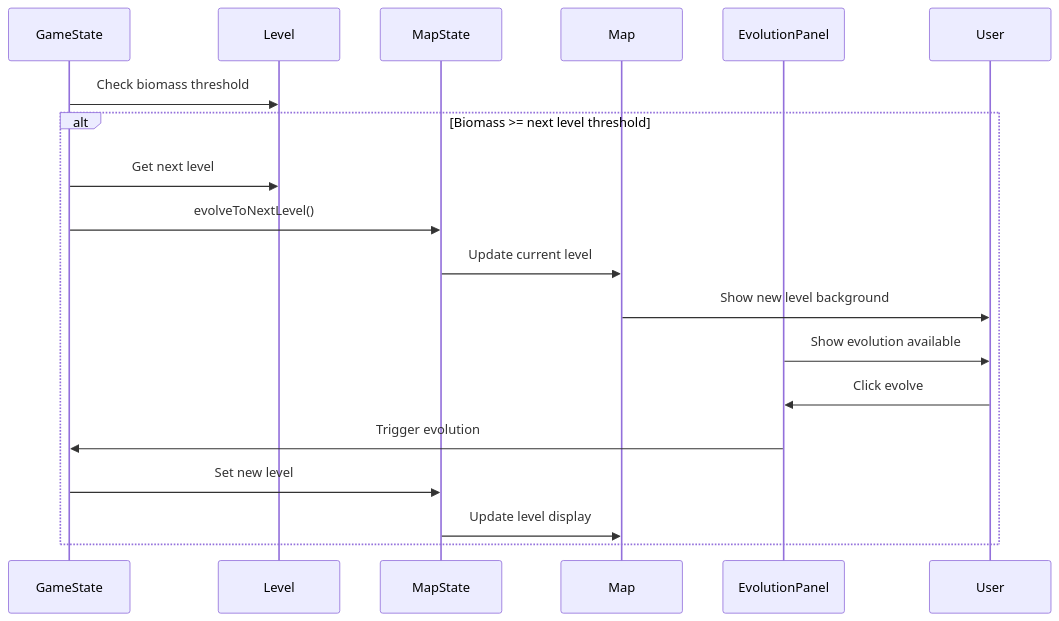
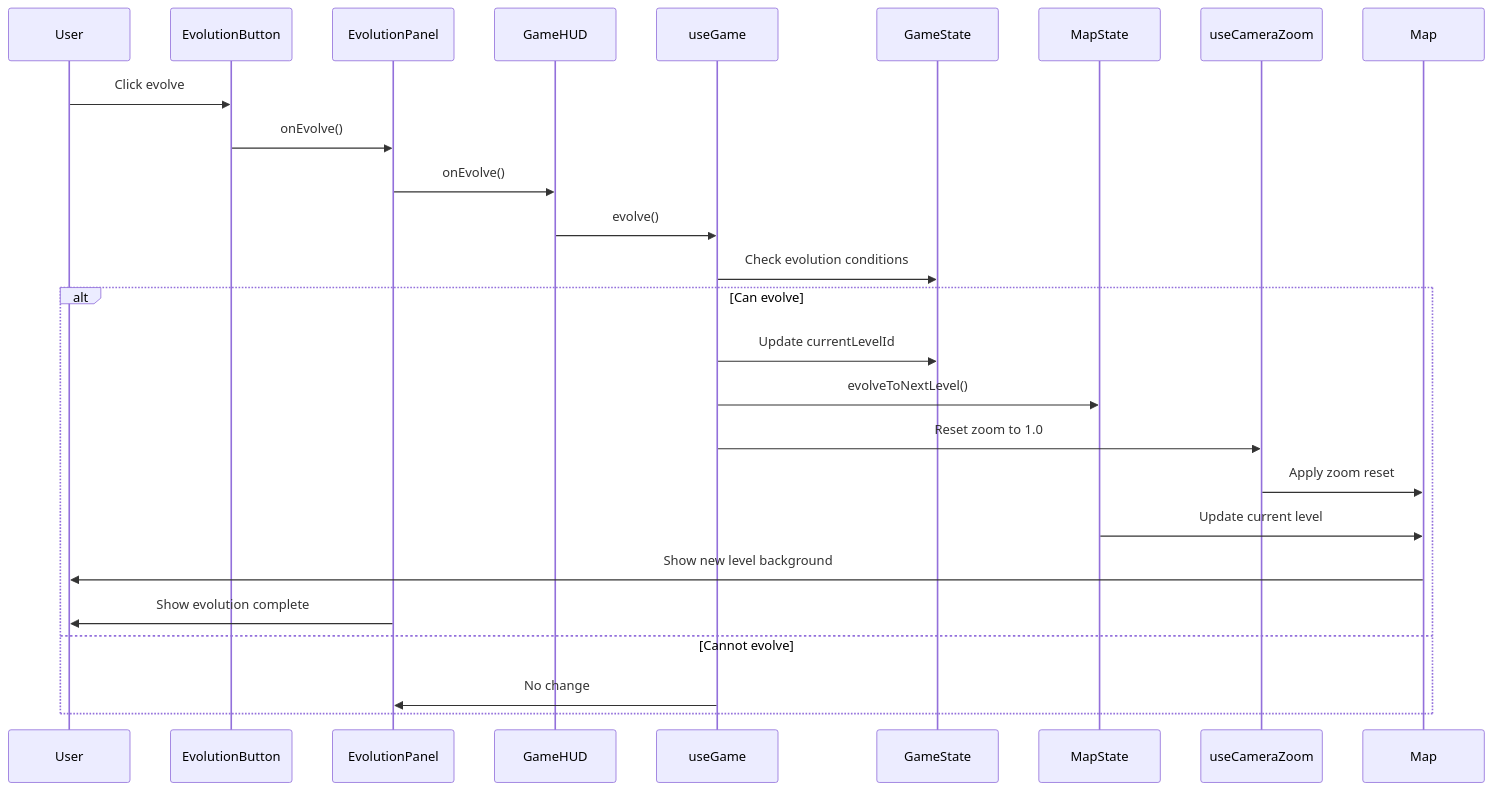
Before and after one commit to andreicstoica/blob-game: the fourth of 16 diagrams in docs/architecture-diagrams.md, drawn with Mermaid. The commit also changed other lines of this file and 1 other file, not shown here.

Commit message:
architecture diagram update pre spec writing

````diff
--- a/docs/architecture-diagrams.md
+++ b/docs/architecture-diagrams.md
@@ -229,22 +297,29 @@
 ```mermaid
 sequenceDiagram
+    participant User
+    participant EvolutionButton
+    participant EvolutionPanel
+    participant GameHUD
+    participant useGame
     participant GameState
-    participant Level
     participant MapState
+    participant useCameraZoom
     participant Map
-    participant EvolutionPanel
-    participant User
 
-    GameState->>Level: Check biomass threshold
-    alt Biomass >= next level threshold
-        GameState->>Level: Get next level
-        GameState->>MapState: evolveToNextLevel()
+    User->>EvolutionButton: Click evolve
+    EvolutionButton->>EvolutionPanel: onEvolve()
+    EvolutionPanel->>GameHUD: onEvolve()
+    GameHUD->>useGame: evolve()
+    useGame->>GameState: Check evolution conditions
+    alt Can evolve
+        useGame->>GameState: Update currentLevelId
+        useGame->>MapState: evolveToNextLevel()
+        useGame->>useCameraZoom: Reset zoom to 1.0
+        useCameraZoom->>Map: Apply zoom reset
         MapState->>Map: Update current level
         Map->>User: Show new level background
-        EvolutionPanel->>User: Show evolution available
-        User->>EvolutionPanel: Click evolve
-        EvolutionPanel->>GameState: Trigger evolution
-        GameState->>MapState: Set new level
-        MapState->>Map: Update level display
+        EvolutionPanel->>User: Show evolution complete
+    else Cannot evolve
+        useGame->>EvolutionPanel: No change
     end
 ```
````
